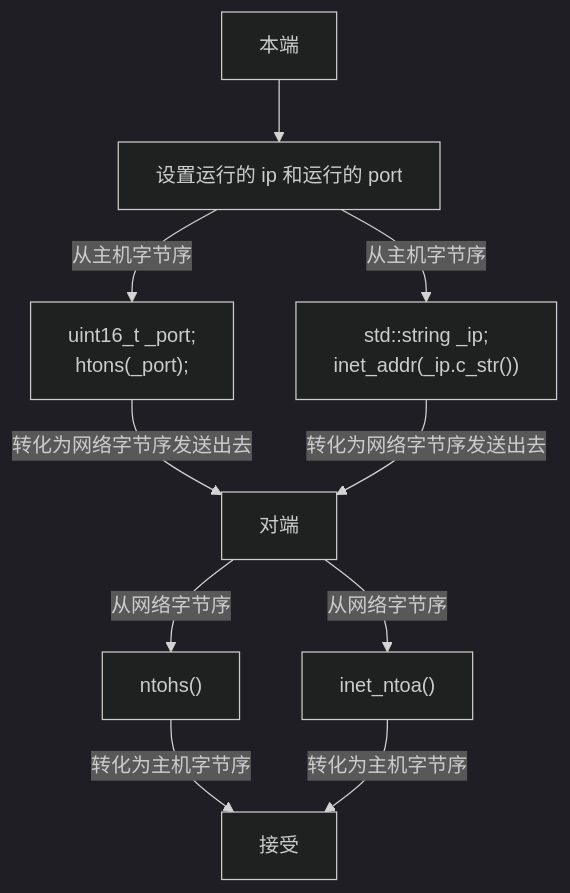
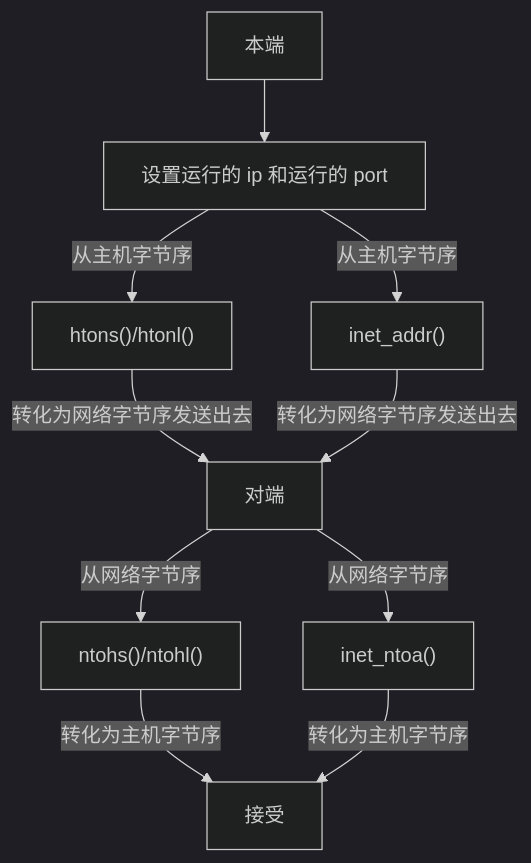
The first of 3 diagrams in Computer_Networks_Note/002+limou+2024_01_23+套接字编程.md (xiaogithubooo/LimouLearnNote), drawn with Mermaid (dark theme) before and after one commit. The commit also changed other lines of this file, not shown here.

````diff
--- a/Computer_Networks_Note/002+limou+2024_01_23+套接字编程.md
+++ b/Computer_Networks_Note/002+limou+2024_01_23+套接字编程.md
@@ -98,4 +136,4 @@
 ```mermaid
 flowchart TD
-A["本端"] --> B["设置运行的 ip 和运行的 port"] -->|"从主机字节序"| C["uint16_t _port;\n htons(_port);"] & D["std::string _ip;\n inet_addr(_ip.c_str())"] -->|"转化为网络字节序发送出去"| E["对端"] -->|"从网络字节序"| F["ntohs()"] & G["inet_ntoa()"] -->|"转化为主机字节序"| H["接受"]
+A["本端"] --> B["设置运行的 ip 和运行的 port"] -->|"从主机字节序"| C["htons()/htonl()"] & D["inet_addr()"] -->|"转化为网络字节序发送出去"| E["对端"] -->|"从网络字节序"| F["ntohs()/ntohl()"] & G["inet_ntoa()"] -->|"转化为主机字节序"| H["接受"]
 ```
````
